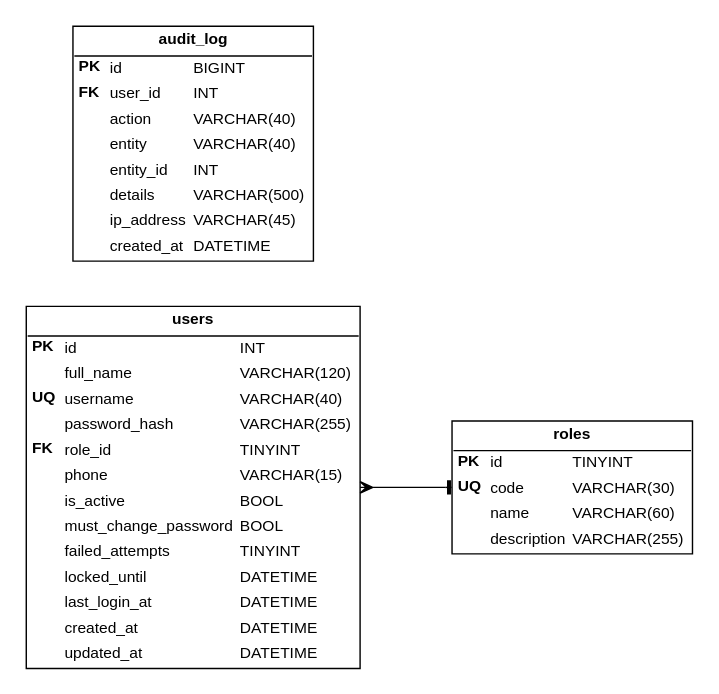
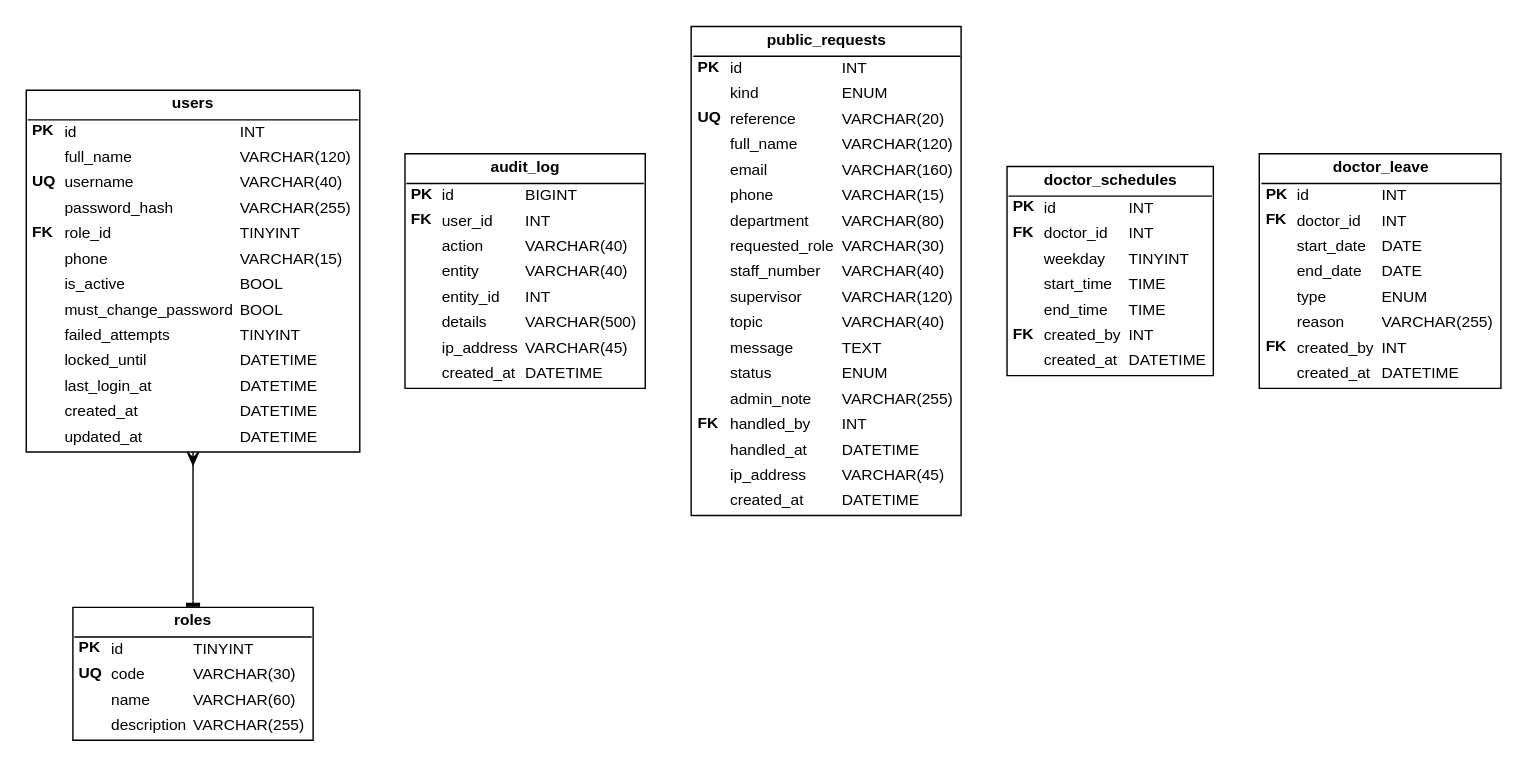
The diagram in docs/build/diagrams_src/erd_m6.dot (WAIYAH/ub-hms), drawn with Graphviz before and after one commit. The commit also changed 165 other files, not shown here.

```diff
--- a/docs/build/diagrams_src/erd_m6.dot
+++ b/docs/build/diagrams_src/erd_m6.dot
@@ -1,10 +1,13 @@
 digraph erd_m6 {
   graph [fontname="Arial", fontsize=12, bgcolor="white", pad="0.15"];
   node  [fontname="Arial", fontsize=11, color="black", fontcolor="black"];
   edge  [fontname="Arial", fontsize=10, color="black", fontcolor="black", arrowsize=0.9];
-  rankdir=LR; nodesep=0.45; ranksep=0.9;
+  rankdir=TB; nodesep=0.45; ranksep=0.9;
   roles [shape=none, margin=0, label=<<TABLE BORDER="1" CELLBORDER="0" CELLSPACING="0" CELLPADDING="3"><TR><TD COLSPAN="3" SIDES="B" BORDER="1" ALIGN="CENTER"><B>roles</B></TD></TR><TR><TD ALIGN="LEFT"><B>PK</B></TD><TD ALIGN="LEFT">id</TD><TD ALIGN="LEFT">TINYINT</TD></TR><TR><TD ALIGN="LEFT"><B>UQ</B></TD><TD ALIGN="LEFT">code</TD><TD ALIGN="LEFT">VARCHAR(30)</TD></TR><TR><TD ALIGN="LEFT">&nbsp;</TD><TD ALIGN="LEFT">name</TD><TD ALIGN="LEFT">VARCHAR(60)</TD></TR><TR><TD ALIGN="LEFT">&nbsp;</TD><TD ALIGN="LEFT">description</TD><TD ALIGN="LEFT">VARCHAR(255)</TD></TR></TABLE>>];
   users [shape=none, margin=0, label=<<TABLE BORDER="1" CELLBORDER="0" CELLSPACING="0" CELLPADDING="3"><TR><TD COLSPAN="3" SIDES="B" BORDER="1" ALIGN="CENTER"><B>users</B></TD></TR><TR><TD ALIGN="LEFT"><B>PK</B></TD><TD ALIGN="LEFT">id</TD><TD ALIGN="LEFT">INT</TD></TR><TR><TD ALIGN="LEFT">&nbsp;</TD><TD ALIGN="LEFT">full_name</TD><TD ALIGN="LEFT">VARCHAR(120)</TD></TR><TR><TD ALIGN="LEFT"><B>UQ</B></TD><TD ALIGN="LEFT">username</TD><TD ALIGN="LEFT">VARCHAR(40)</TD></TR><TR><TD ALIGN="LEFT">&nbsp;</TD><TD ALIGN="LEFT">password_hash</TD><TD ALIGN="LEFT">VARCHAR(255)</TD></TR><TR><TD ALIGN="LEFT"><B>FK</B></TD><TD ALIGN="LEFT">role_id</TD><TD ALIGN="LEFT">TINYINT</TD></TR><TR><TD ALIGN="LEFT">&nbsp;</TD><TD ALIGN="LEFT">phone</TD><TD ALIGN="LEFT">VARCHAR(15)</TD></TR><TR><TD ALIGN="LEFT">&nbsp;</TD><TD ALIGN="LEFT">is_active</TD><TD ALIGN="LEFT">BOOL</TD></TR><TR><TD ALIGN="LEFT">&nbsp;</TD><TD ALIGN="LEFT">must_change_password</TD><TD ALIGN="LEFT">BOOL</TD></TR><TR><TD ALIGN="LEFT">&nbsp;</TD><TD ALIGN="LEFT">failed_attempts</TD><TD ALIGN="LEFT">TINYINT</TD></TR><TR><TD ALIGN="LEFT">&nbsp;</TD><TD ALIGN="LEFT">locked_until</TD><TD ALIGN="LEFT">DATETIME</TD></TR><TR><TD ALIGN="LEFT">&nbsp;</TD><TD ALIGN="LEFT">last_login_at</TD><TD ALIGN="LEFT">DATETIME</TD></TR><TR><TD ALIGN="LEFT">&nbsp;</TD><TD ALIGN="LEFT">created_at</TD><TD ALIGN="LEFT">DATETIME</TD></TR><TR><TD ALIGN="LEFT">&nbsp;</TD><TD ALIGN="LEFT">updated_at</TD><TD ALIGN="LEFT">DATETIME</TD></TR></TABLE>>];
   audit_log [shape=none, margin=0, label=<<TABLE BORDER="1" CELLBORDER="0" CELLSPACING="0" CELLPADDING="3"><TR><TD COLSPAN="3" SIDES="B" BORDER="1" ALIGN="CENTER"><B>audit_log</B></TD></TR><TR><TD ALIGN="LEFT"><B>PK</B></TD><TD ALIGN="LEFT">id</TD><TD ALIGN="LEFT">BIGINT</TD></TR><TR><TD ALIGN="LEFT"><B>FK</B></TD><TD ALIGN="LEFT">user_id</TD><TD ALIGN="LEFT">INT</TD></TR><TR><TD ALIGN="LEFT">&nbsp;</TD><TD ALIGN="LEFT">action</TD><TD ALIGN="LEFT">VARCHAR(40)</TD></TR><TR><TD ALIGN="LEFT">&nbsp;</TD><TD ALIGN="LEFT">entity</TD><TD ALIGN="LEFT">VARCHAR(40)</TD></TR><TR><TD ALIGN="LEFT">&nbsp;</TD><TD ALIGN="LEFT">entity_id</TD><TD ALIGN="LEFT">INT</TD></TR><TR><TD ALIGN="LEFT">&nbsp;</TD><TD ALIGN="LEFT">details</TD><TD ALIGN="LEFT">VARCHAR(500)</TD></TR><TR><TD ALIGN="LEFT">&nbsp;</TD><TD ALIGN="LEFT">ip_address</TD><TD ALIGN="LEFT">VARCHAR(45)</TD></TR><TR><TD ALIGN="LEFT">&nbsp;</TD><TD ALIGN="LEFT">created_at</TD><TD ALIGN="LEFT">DATETIME</TD></TR></TABLE>>];
+  public_requests [shape=none, margin=0, label=<<TABLE BORDER="1" CELLBORDER="0" CELLSPACING="0" CELLPADDING="3"><TR><TD COLSPAN="3" SIDES="B" BORDER="1" ALIGN="CENTER"><B>public_requests</B></TD></TR><TR><TD ALIGN="LEFT"><B>PK</B></TD><TD ALIGN="LEFT">id</TD><TD ALIGN="LEFT">INT</TD></TR><TR><TD ALIGN="LEFT">&nbsp;</TD><TD ALIGN="LEFT">kind</TD><TD ALIGN="LEFT">ENUM</TD></TR><TR><TD ALIGN="LEFT"><B>UQ</B></TD><TD ALIGN="LEFT">reference</TD><TD ALIGN="LEFT">VARCHAR(20)</TD></TR><TR><TD ALIGN="LEFT">&nbsp;</TD><TD ALIGN="LEFT">full_name</TD><TD ALIGN="LEFT">VARCHAR(120)</TD></TR><TR><TD ALIGN="LEFT">&nbsp;</TD><TD ALIGN="LEFT">email</TD><TD ALIGN="LEFT">VARCHAR(160)</TD></TR><TR><TD ALIGN="LEFT">&nbsp;</TD><TD ALIGN="LEFT">phone</TD><TD ALIGN="LEFT">VARCHAR(15)</TD></TR><TR><TD ALIGN="LEFT">&nbsp;</TD><TD ALIGN="LEFT">department</TD><TD ALIGN="LEFT">VARCHAR(80)</TD></TR><TR><TD ALIGN="LEFT">&nbsp;</TD><TD ALIGN="LEFT">requested_role</TD><TD ALIGN="LEFT">VARCHAR(30)</TD></TR><TR><TD ALIGN="LEFT">&nbsp;</TD><TD ALIGN="LEFT">staff_number</TD><TD ALIGN="LEFT">VARCHAR(40)</TD></TR><TR><TD ALIGN="LEFT">&nbsp;</TD><TD ALIGN="LEFT">supervisor</TD><TD ALIGN="LEFT">VARCHAR(120)</TD></TR><TR><TD ALIGN="LEFT">&nbsp;</TD><TD ALIGN="LEFT">topic</TD><TD ALIGN="LEFT">VARCHAR(40)</TD></TR><TR><TD ALIGN="LEFT">&nbsp;</TD><TD ALIGN="LEFT">message</TD><TD ALIGN="LEFT">TEXT</TD></TR><TR><TD ALIGN="LEFT">&nbsp;</TD><TD ALIGN="LEFT">status</TD><TD ALIGN="LEFT">ENUM</TD></TR><TR><TD ALIGN="LEFT">&nbsp;</TD><TD ALIGN="LEFT">admin_note</TD><TD ALIGN="LEFT">VARCHAR(255)</TD></TR><TR><TD ALIGN="LEFT"><B>FK</B></TD><TD ALIGN="LEFT">handled_by</TD><TD ALIGN="LEFT">INT</TD></TR><TR><TD ALIGN="LEFT">&nbsp;</TD><TD ALIGN="LEFT">handled_at</TD><TD ALIGN="LEFT">DATETIME</TD></TR><TR><TD ALIGN="LEFT">&nbsp;</TD><TD ALIGN="LEFT">ip_address</TD><TD ALIGN="LEFT">VARCHAR(45)</TD></TR><TR><TD ALIGN="LEFT">&nbsp;</TD><TD ALIGN="LEFT">created_at</TD><TD ALIGN="LEFT">DATETIME</TD></TR></TABLE>>];
+  doctor_schedules [shape=none, margin=0, label=<<TABLE BORDER="1" CELLBORDER="0" CELLSPACING="0" CELLPADDING="3"><TR><TD COLSPAN="3" SIDES="B" BORDER="1" ALIGN="CENTER"><B>doctor_schedules</B></TD></TR><TR><TD ALIGN="LEFT"><B>PK</B></TD><TD ALIGN="LEFT">id</TD><TD ALIGN="LEFT">INT</TD></TR><TR><TD ALIGN="LEFT"><B>FK</B></TD><TD ALIGN="LEFT">doctor_id</TD><TD ALIGN="LEFT">INT</TD></TR><TR><TD ALIGN="LEFT">&nbsp;</TD><TD ALIGN="LEFT">weekday</TD><TD ALIGN="LEFT">TINYINT</TD></TR><TR><TD ALIGN="LEFT">&nbsp;</TD><TD ALIGN="LEFT">start_time</TD><TD ALIGN="LEFT">TIME</TD></TR><TR><TD ALIGN="LEFT">&nbsp;</TD><TD ALIGN="LEFT">end_time</TD><TD ALIGN="LEFT">TIME</TD></TR><TR><TD ALIGN="LEFT"><B>FK</B></TD><TD ALIGN="LEFT">created_by</TD><TD ALIGN="LEFT">INT</TD></TR><TR><TD ALIGN="LEFT">&nbsp;</TD><TD ALIGN="LEFT">created_at</TD><TD ALIGN="LEFT">DATETIME</TD></TR></TABLE>>];
+  doctor_leave [shape=none, margin=0, label=<<TABLE BORDER="1" CELLBORDER="0" CELLSPACING="0" CELLPADDING="3"><TR><TD COLSPAN="3" SIDES="B" BORDER="1" ALIGN="CENTER"><B>doctor_leave</B></TD></TR><TR><TD ALIGN="LEFT"><B>PK</B></TD><TD ALIGN="LEFT">id</TD><TD ALIGN="LEFT">INT</TD></TR><TR><TD ALIGN="LEFT"><B>FK</B></TD><TD ALIGN="LEFT">doctor_id</TD><TD ALIGN="LEFT">INT</TD></TR><TR><TD ALIGN="LEFT">&nbsp;</TD><TD ALIGN="LEFT">start_date</TD><TD ALIGN="LEFT">DATE</TD></TR><TR><TD ALIGN="LEFT">&nbsp;</TD><TD ALIGN="LEFT">end_date</TD><TD ALIGN="LEFT">DATE</TD></TR><TR><TD ALIGN="LEFT">&nbsp;</TD><TD ALIGN="LEFT">type</TD><TD ALIGN="LEFT">ENUM</TD></TR><TR><TD ALIGN="LEFT">&nbsp;</TD><TD ALIGN="LEFT">reason</TD><TD ALIGN="LEFT">VARCHAR(255)</TD></TR><TR><TD ALIGN="LEFT"><B>FK</B></TD><TD ALIGN="LEFT">created_by</TD><TD ALIGN="LEFT">INT</TD></TR><TR><TD ALIGN="LEFT">&nbsp;</TD><TD ALIGN="LEFT">created_at</TD><TD ALIGN="LEFT">DATETIME</TD></TR></TABLE>>];
   users -> roles [arrowtail=crow, arrowhead=tee, dir=both];
 }
```
